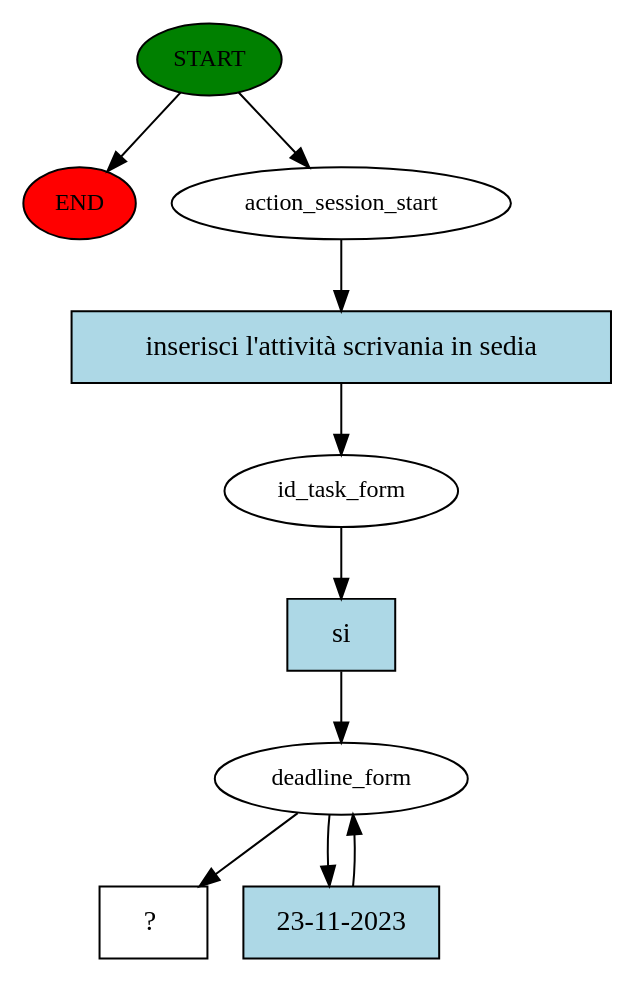
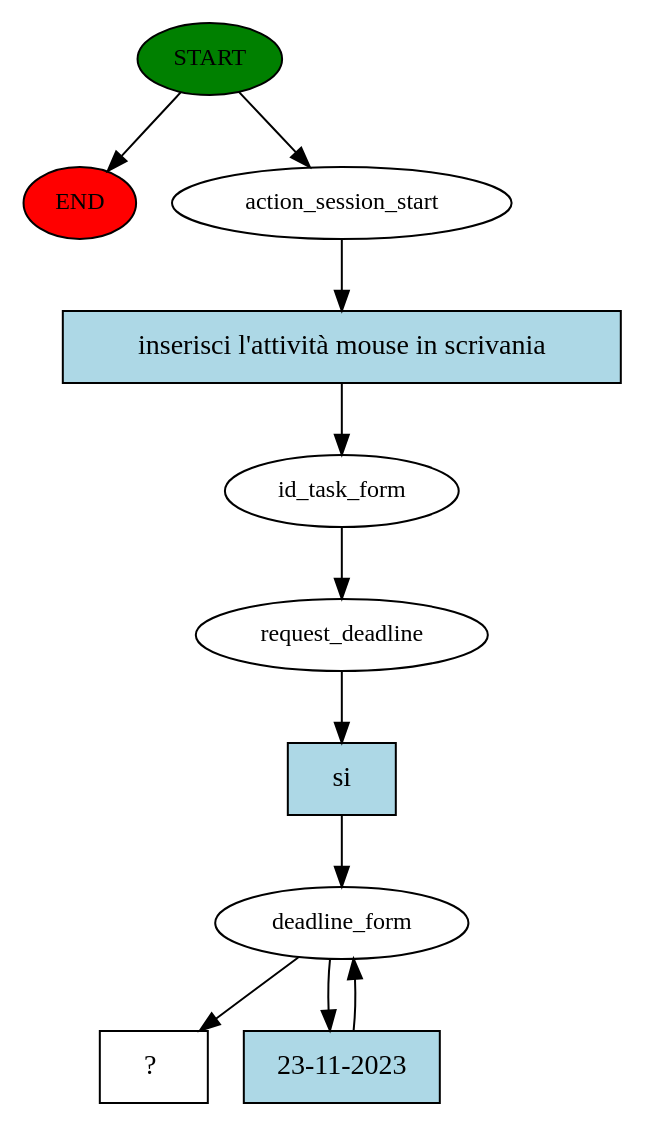
The diagram in story_graph.dot (ManDrake-hub/ROS_todoList_chatbot), drawn with Graphviz before and after one commit. The commit also changed 11 other files, not shown here.

```diff
--- a/story_graph.dot
+++ b/story_graph.dot
@@ -1,20 +1,22 @@
 digraph  {
 0 [class="start active", fillcolor=green, fontsize=12, label=START, style=filled];
 "-1" [class=end, fillcolor=red, fontsize=12, label=END, style=filled];
 1 [class=active, fontsize=12, label=action_session_start];
 2 [class=active, fontsize=12, label=id_task_form];
-3 [class=active, fontsize=12, label=deadline_form];
-5 [class="intent dashed active", label="  ?  ", shape=rect];
-6 [class="intent active", fillcolor=lightblue, label="inserisci l'attività scrivania in sedia", shape=rect, style=filled];
-7 [class="intent active", fillcolor=lightblue, label=si, shape=rect, style=filled];
-8 [class="intent active", fillcolor=lightblue, label="23-11-2023", shape=rect, style=filled];
+3 [class=active, fontsize=12, label=request_deadline];
+4 [class=active, fontsize=12, label=deadline_form];
+6 [class="intent dashed active", label="  ?  ", shape=rect];
+7 [class="intent active", fillcolor=lightblue, label="inserisci l'attività mouse in scrivania", shape=rect, style=filled];
+8 [class="intent active", fillcolor=lightblue, label=si, shape=rect, style=filled];
+9 [class="intent active", fillcolor=lightblue, label="23-11-2023", shape=rect, style=filled];
 0 -> "-1"  [class="", key=NONE, label=""];
 0 -> 1  [class=active, key=NONE, label=""];
-1 -> 6  [class=active, key=0];
-2 -> 7  [class=active, key=0];
-3 -> 5  [class=active, key=NONE, label=""];
+1 -> 7  [class=active, key=0];
+2 -> 3  [class=active, key=NONE, label=""];
 3 -> 8  [class=active, key=0];
-6 -> 2  [class=active, key=0];
-7 -> 3  [class=active, key=0];
-8 -> 3  [class=active, key=0];
+4 -> 6  [class=active, key=NONE, label=""];
+4 -> 9  [class=active, key=0];
+7 -> 2  [class=active, key=0];
+8 -> 4  [class=active, key=0];
+9 -> 4  [class=active, key=0];
 }
```
